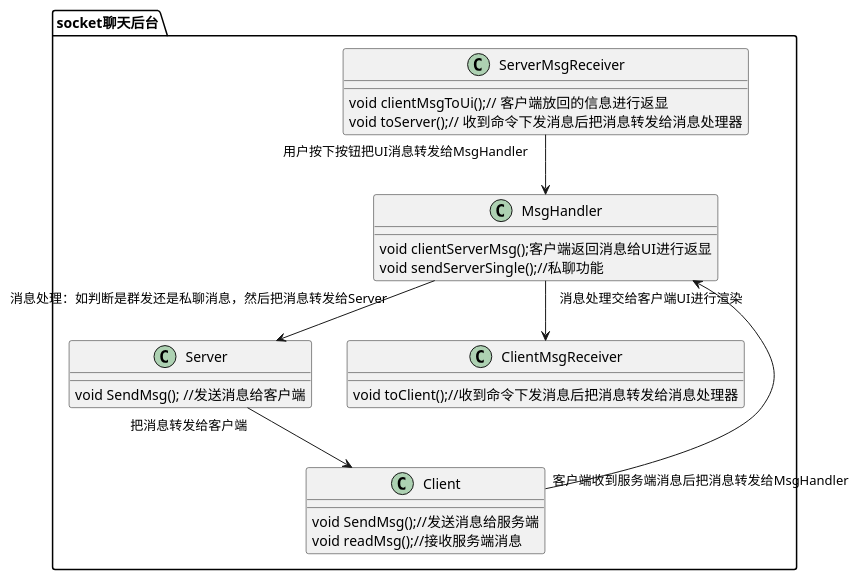
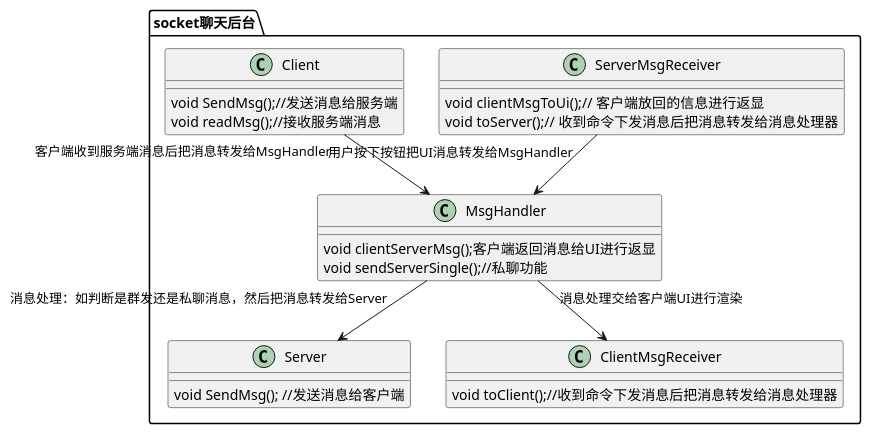
Before and after one commit to markYcw/socket: the diagram in src/main/java/com/example/demo/utils/SocketDemoUml.puml, drawn with PlantUML.

Commit message:
修改uml类图

```diff
--- a/src/main/java/com/example/demo/utils/SocketDemoUml.puml
+++ b/src/main/java/com/example/demo/utils/SocketDemoUml.puml
@@ -1,33 +1,32 @@
 @startuml
 
 package socket聊天后台{
 
     class ServerMsgReceiver {
         void clientMsgToUi();// 客户端放回的信息进行返显
         void toServer();// 收到命令下发消息后把消息转发给消息处理器
     }
 
     class MsgHandler {
         void clientServerMsg();客户端返回消息给UI进行返显
         void sendServerSingle();//私聊功能
     }
 
     class Server {
         void SendMsg(); //发送消息给客户端
     }
 
     class Client {
         void SendMsg();//发送消息给服务端
         void readMsg();//接收服务端消息
     }
 
     class ClientMsgReceiver {
         void toClient();//收到命令下发消息后把消息转发给消息处理器
     }
     ServerMsgReceiver"用户按下按钮把UI消息转发给MsgHandler" --> MsgHandler
     MsgHandler“消息处理：如判断是群发还是私聊消息，然后把消息转发给Server” --> Server
-    Server"把消息转发给客户端"--> Client
     Client"客户端收到服务端消息后把消息转发给MsgHandler"--> MsgHandler
     MsgHandler“消息处理交给客户端UI进行渲染”--> ClientMsgReceiver
 }
 @enduml
```
